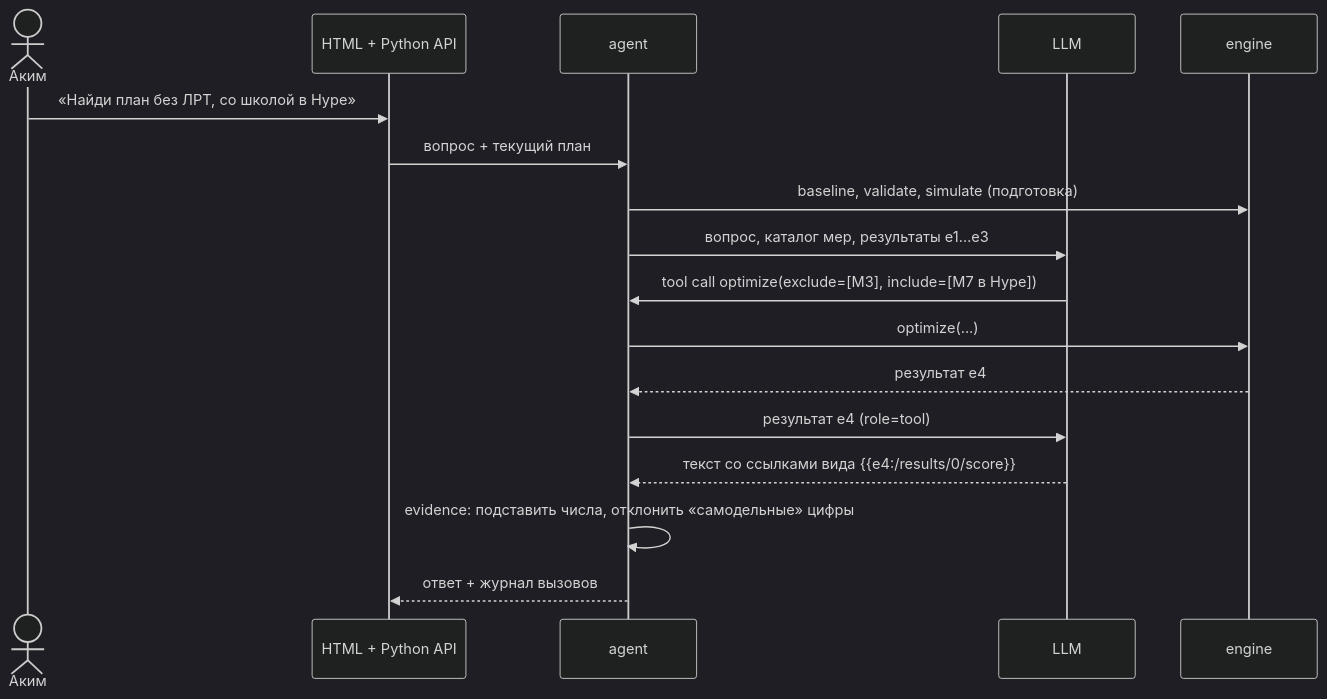
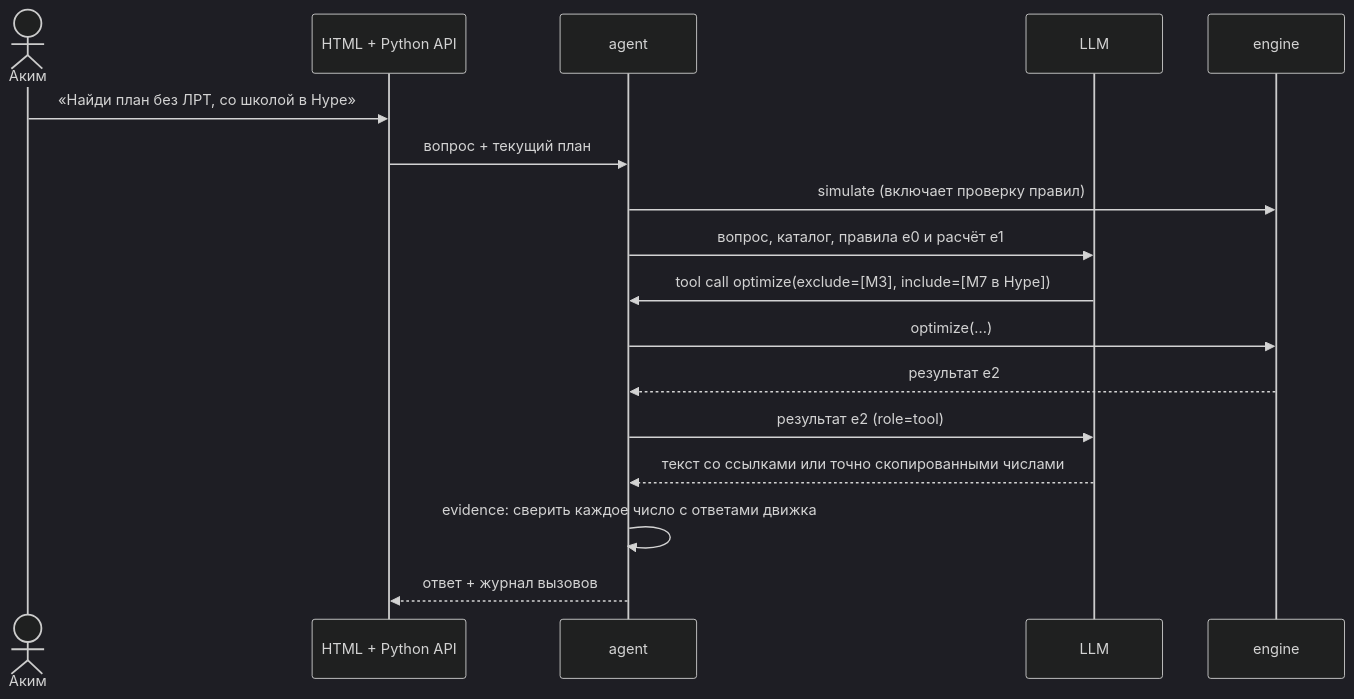
Before and after one commit to BAITC-Hacks/hack-d3b2c613-stupits: the second of 2 diagrams in README.md, drawn with Mermaid (dark theme). The commit also changed other lines of this file and 28 other files, not shown here.

````diff
--- a/README.md
+++ b/README.md
@@ -236,19 +243,19 @@
 ```mermaid
 sequenceDiagram
     actor U as Аким
     participant UI as HTML + Python API
     participant A as agent
     participant L as LLM
     participant E as engine
     U->>UI: «Найди план без ЛРТ, со школой в Нуре»
     UI->>A: вопрос + текущий план
-    A->>E: baseline, validate, simulate (подготовка)
-    A->>L: вопрос, каталог мер, результаты e1…e3
+    A->>E: simulate (включает проверку правил)
+    A->>L: вопрос, каталог, правила e0 и расчёт e1
     L->>A: tool call optimize(exclude=[M3], include=[M7 в Нуре])
     A->>E: optimize(...)
-    E-->>A: результат e4
-    A->>L: результат e4 (role=tool)
-    L-->>A: текст со ссылками вида {{e4:/results/0/score}}
-    A->>A: evidence: подставить числа, отклонить «самодельные» цифры
+    E-->>A: результат e2
+    A->>L: результат e2 (role=tool)
+    L-->>A: текст со ссылками или точно скопированными числами
+    A->>A: evidence: сверить каждое число с ответами движка
     A-->>UI: ответ + журнал вызовов
 ```
````
